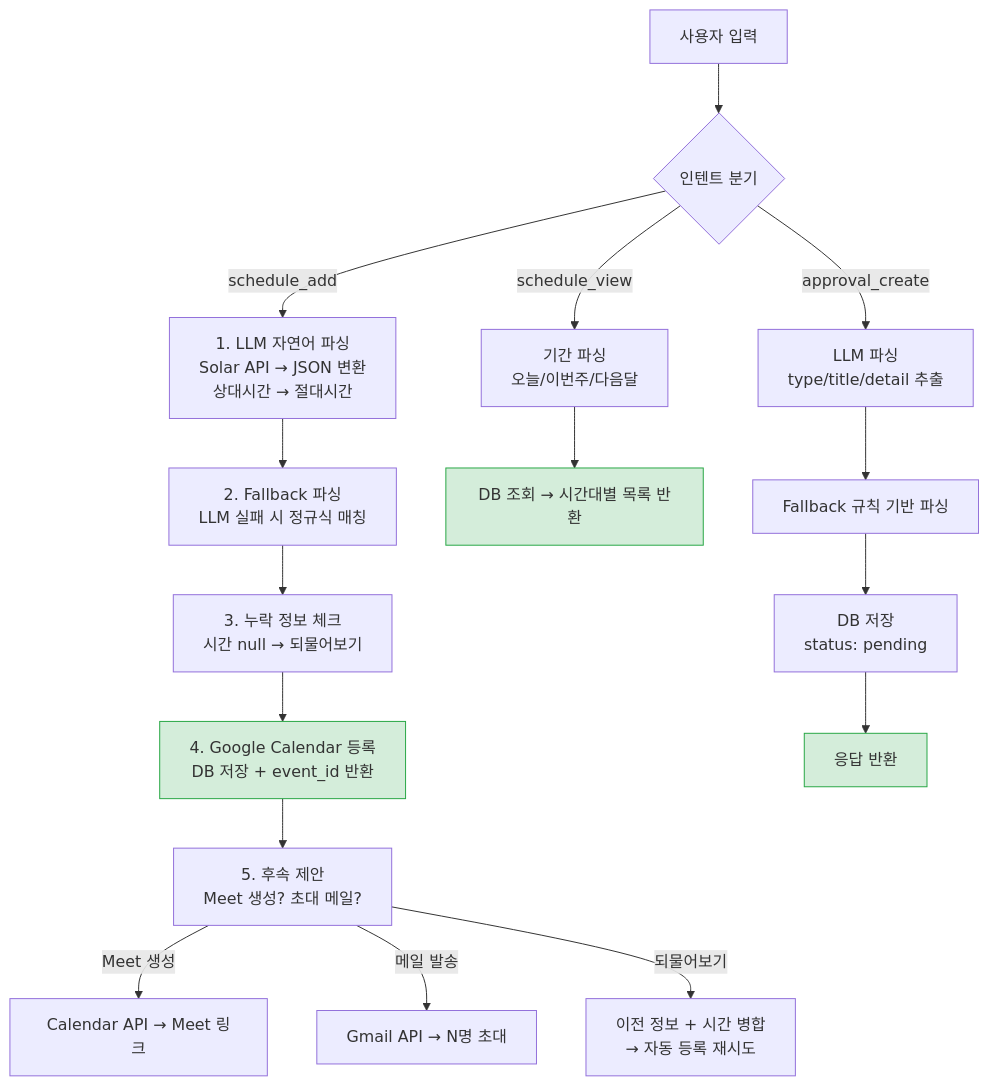
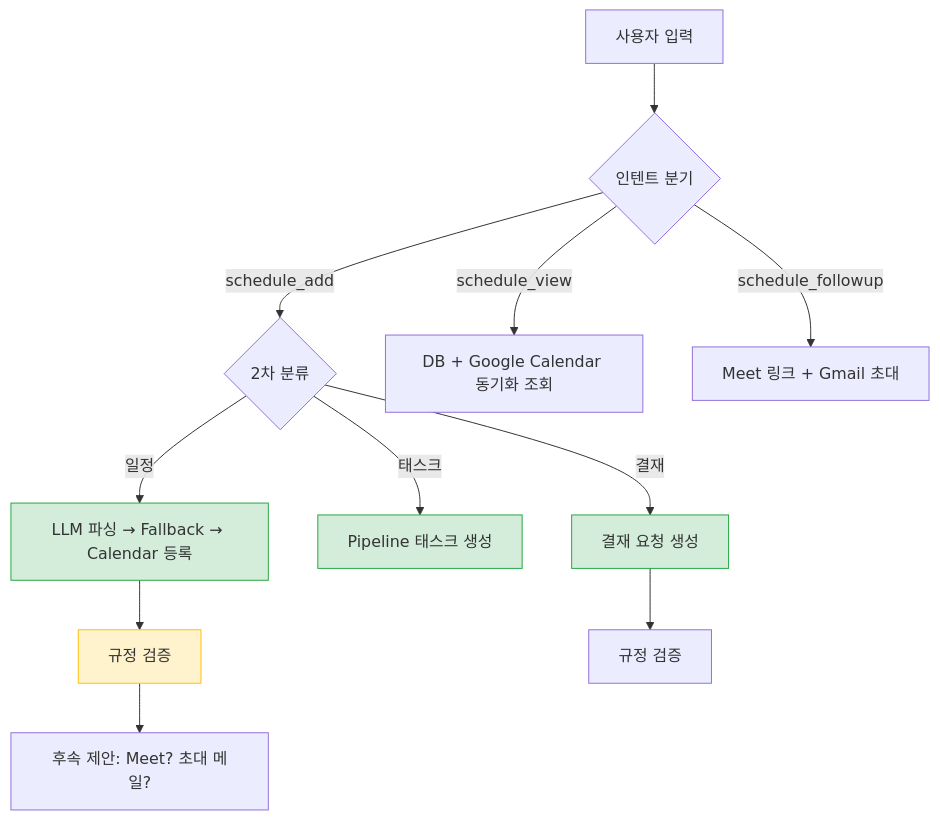
One commit to SKNETWORKS-FAMILY-AICAMP/SKN21-FINAL-3TEAM changed the fourth of 6 diagrams in README_FINAL.md. Above: the diagram before and after it, drawn with Mermaid. The commit also changed other lines of this file and 1 other file, not shown here.

````diff
--- a/README_FINAL.md
+++ b/README_FINAL.md
@@ -395,26 +223,21 @@
 ```mermaid
 flowchart TB
     Input[사용자 입력] --> Route{인텐트 분기}
 
-    Route -->|schedule_add| A1[1. LLM 자연어 파싱<br/>Solar API → JSON 변환<br/>상대시간 → 절대시간]
-    A1 --> A2[2. Fallback 파싱<br/>LLM 실패 시 정규식 매칭]
-    A2 --> A3[3. 누락 정보 체크<br/>시간 null → 되물어보기]
-    A3 --> A4[4. Google Calendar 등록<br/>DB 저장 + event_id 반환]
-    A4 --> A5[5. 후속 제안<br/>Meet 생성? 초대 메일?]
+    Route -->|schedule_add| Classify{2차 분류}
+    Classify -->|일정| A1[LLM 파싱 → Fallback → Calendar 등록]
+    Classify -->|태스크| P1[Pipeline 태스크 생성]
+    Classify -->|결재| AP1[결재 요청 생성]
 
-    Route -->|schedule_view| V1[기간 파싱<br/>오늘/이번주/다음달]
-    V1 --> V2[DB 조회 → 시간대별 목록 반환]
+    A1 --> RegCheck[규정 검증]
+    RegCheck --> A5[후속 제안: Meet? 초대 메일?]
+    AP1 --> RegCheck2[규정 검증]
 
-    Route -->|approval_create| AP1[LLM 파싱<br/>type/title/detail 추출]
-    AP1 --> AP2[Fallback 규칙 기반 파싱]
-    AP2 --> AP3[DB 저장<br/>status: pending]
-    AP3 --> AP4[응답 반환]
+    Route -->|schedule_view| V1[DB + Google Calendar 동기화 조회]
+    Route -->|schedule_followup| F1[Meet 링크 + Gmail 초대]
 
-    A5 -->|Meet 생성| Meet[Calendar API → Meet 링크]
-    A5 -->|메일 발송| Gmail[Gmail API → N명 초대]
-    A5 -->|되물어보기| Clarify[이전 정보 + 시간 병합<br/>→ 자동 등록 재시도]
-
-    style A4 fill:#d4edda,stroke:#28a745
-    style V2 fill:#d4edda,stroke:#28a745
-    style AP4 fill:#d4edda,stroke:#28a745
+    style A1 fill:#d4edda,stroke:#28a745
+    style P1 fill:#d4edda,stroke:#28a745
+    style AP1 fill:#d4edda,stroke:#28a745
+    style RegCheck fill:#fff3cd,stroke:#ffc107
 ```
````
